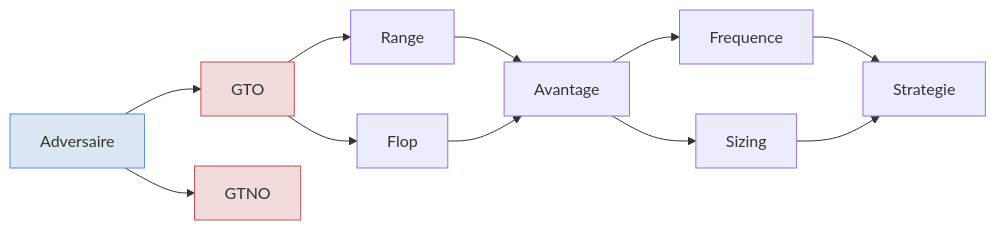
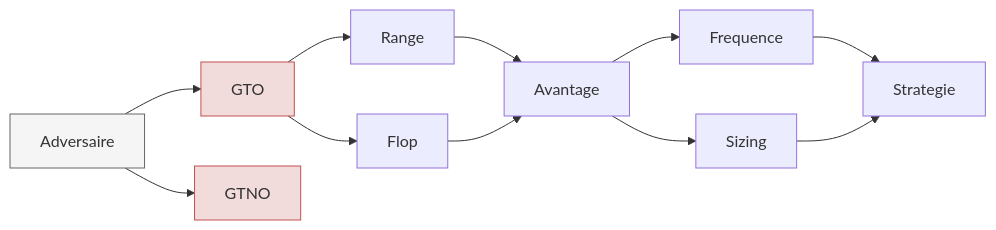
The first of 2 diagrams in _posts/2020-01-01-test.md (greglejeune/blog), drawn with Mermaid before and after one commit.

```diff
--- a/_posts/2020-01-01-test.md
+++ b/_posts/2020-01-01-test.md
@@ -16,16 +16,16 @@
     <div class="mermaid">
         graph LR
             Adversaire --> GTO
             Adversaire --> GTNO
             GTO --> Range
             GTO --> Flop
             Range --> Avantage
             Flop --> Avantage
             Avantage --> Frequence
             Avantage --> Sizing
             Frequence --> Strategie
             Sizing --> Strategie
-            style Adversaire fill:#dce6f2,stroke:#558ed5,stroke-width:1px
+            style Adversaire fill:#f5f5f5,stroke:#666666,stroke-width:1px,font:#333333
             style GTO fill:#f2dcdb,stroke:#c0504d,stroke-width:1px
             style GTNO fill:#f2dcdb,stroke:#c0504d,stroke-width:1px
     </div>
```
